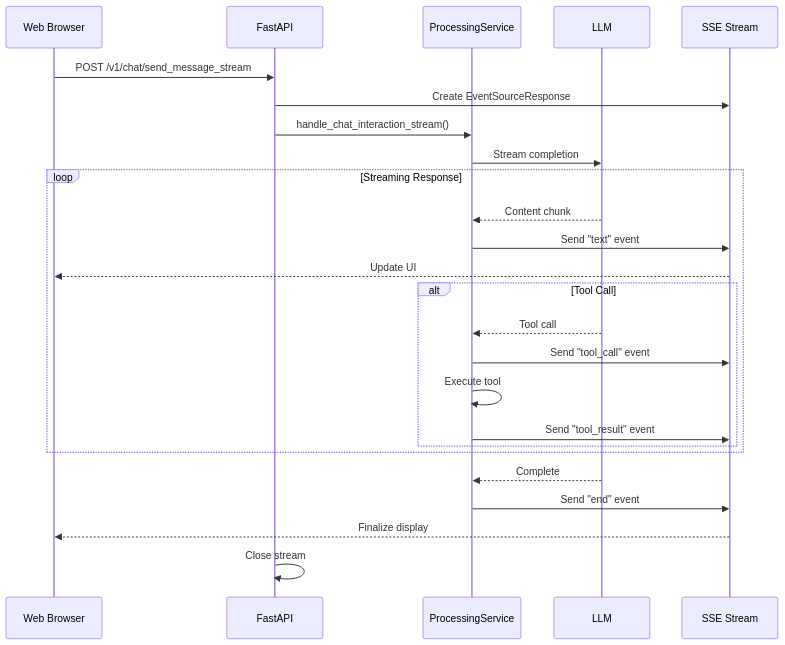
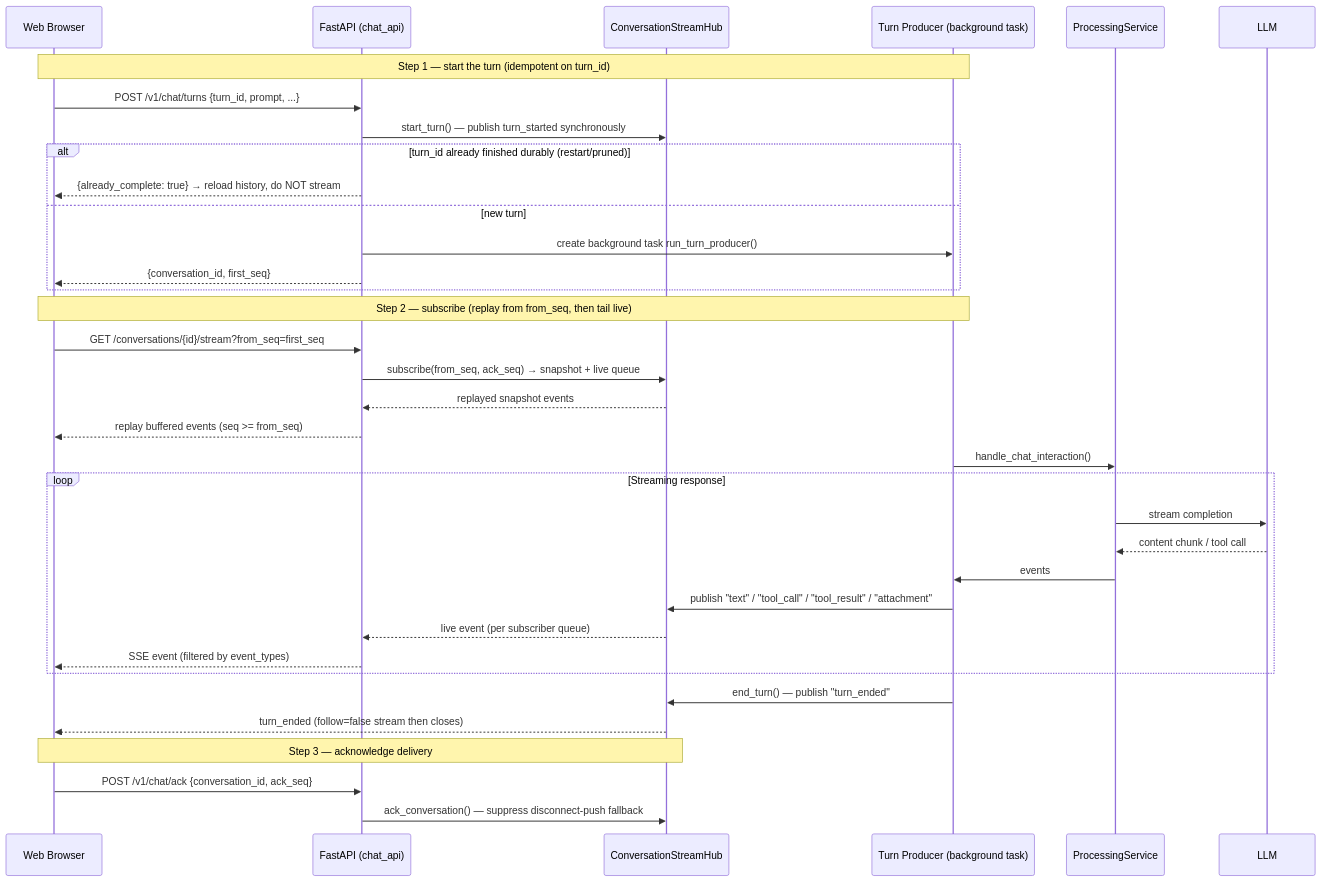
Before and after one commit to werdnum/family-assistant: the tenth of 11 diagrams in docs/architecture-diagram.md, drawn with Mermaid. The commit also changed other lines of this file and 1 other file, not shown here.

Commit message:
docs: document resumable streaming endpoints, replace deleted ones
Replace stale POST /send_message_stream and GET /events docs with the current
POST /v1/chat/turns, GET /v1/chat/conversations/{id}/stream, and POST
/v1/chat/ack flow (from_seq/ack_seq/follow/event_types, already_complete, the
SSE event-type list including attachment source). Update the architecture
diagram's streaming-flow section to the hub/producer model.

````diff
--- a/docs/architecture-diagram.md
+++ b/docs/architecture-diagram.md
@@ -653,32 +662,41 @@
 ```mermaid
 sequenceDiagram
     participant Browser as Web Browser
-    participant API as FastAPI
+    participant API as FastAPI (chat_api)
+    participant Hub as ConversationStreamHub
+    participant Producer as Turn Producer (background task)
     participant Processing as ProcessingService
     participant LLM
-    participant SSE as SSE Stream
 
-    Browser->>API: POST /v1/chat/send_message_stream
-    API->>SSE: Create EventSourceResponse
-    API->>Processing: handle_chat_interaction_stream()
-    
-    Processing->>LLM: Stream completion
-    
-    loop Streaming Response
-        LLM-->>Processing: Content chunk
-        Processing->>SSE: Send "text" event
-        SSE-->>Browser: Update UI
-        
-        alt Tool Call
-            LLM-->>Processing: Tool call
-            Processing->>SSE: Send "tool_call" event
-            Processing->>Processing: Execute tool
-            Processing->>SSE: Send "tool_result" event
-        end
+    Note over Browser,Producer: Step 1 — start the turn (idempotent on turn_id)
+    Browser->>API: POST /v1/chat/turns {turn_id, prompt, ...}
+    API->>Hub: start_turn() — publish turn_started synchronously
+    alt turn_id already finished durably (restart/pruned)
+        API-->>Browser: {already_complete: true} → reload history, do NOT stream
+    else new turn
+        API->>Producer: create background task run_turn_producer()
+        API-->>Browser: {conversation_id, first_seq}
     end
-    
-    LLM-->>Processing: Complete
-    Processing->>SSE: Send "end" event
-    SSE-->>Browser: Finalize display
-    API->>API: Close stream
+
+    Note over Browser,Producer: Step 2 — subscribe (replay from from_seq, then tail live)
+    Browser->>API: GET /conversations/{id}/stream?from_seq=first_seq
+    API->>Hub: subscribe(from_seq, ack_seq) → snapshot + live queue
+    Hub-->>API: replayed snapshot events
+    API-->>Browser: replay buffered events (seq >= from_seq)
+
+    Producer->>Processing: handle_chat_interaction()
+    loop Streaming response
+        Processing->>LLM: stream completion
+        LLM-->>Processing: content chunk / tool call
+        Processing->>Producer: events
+        Producer->>Hub: publish "text" / "tool_call" / "tool_result" / "attachment"
+        Hub-->>API: live event (per subscriber queue)
+        API-->>Browser: SSE event (filtered by event_types)
+    end
+    Producer->>Hub: end_turn() — publish "turn_ended"
+    Hub-->>Browser: turn_ended (follow=false stream then closes)
+
+    Note over Browser,Hub: Step 3 — acknowledge delivery
+    Browser->>API: POST /v1/chat/ack {conversation_id, ack_seq}
+    API->>Hub: ack_conversation() — suppress disconnect-push fallback
 ```
````
